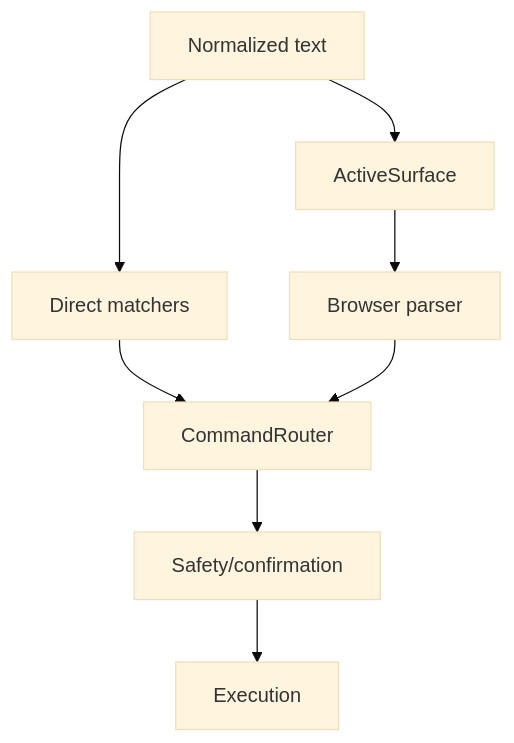
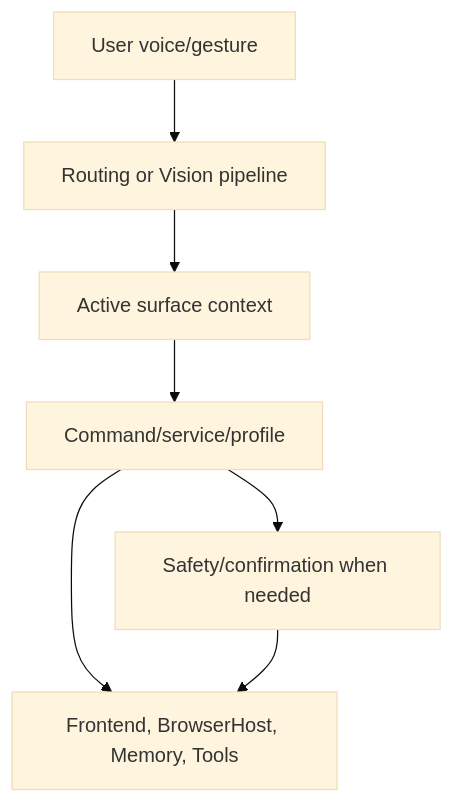
The diagram in Merlin.Vault/02_Architecture/Command Routing Architecture.md (JarnoGerrets/merlin), drawn with Mermaid (base theme) before and after one commit. The commit also changed other lines of this file and 525 other files, not shown here.

Commit message:
huge architectual refractor

````diff
--- a/Merlin.Vault/02_Architecture/Command Routing Architecture.md
+++ b/Merlin.Vault/02_Architecture/Command Routing Architecture.md
@@ -38,10 +53,9 @@
 ```mermaid
 flowchart TD
-    Text[Normalized text] --> Surface[ActiveSurface]
-    Text --> Direct[Direct matchers]
-    Surface --> Browser[Browser parser]
-    Direct --> Router[CommandRouter]
-    Browser --> Router
-    Router --> Safety[Safety/confirmation]
-    Safety --> Execute[Execution]
+    U[User voice/gesture] --> R[Routing or Vision pipeline]
+    R --> S[Active surface context]
+    S --> C[Command/service/profile]
+    C --> F[Frontend, BrowserHost, Memory, Tools]
+    C --> G[Safety/confirmation when needed]
+    G --> F
 ```
````
